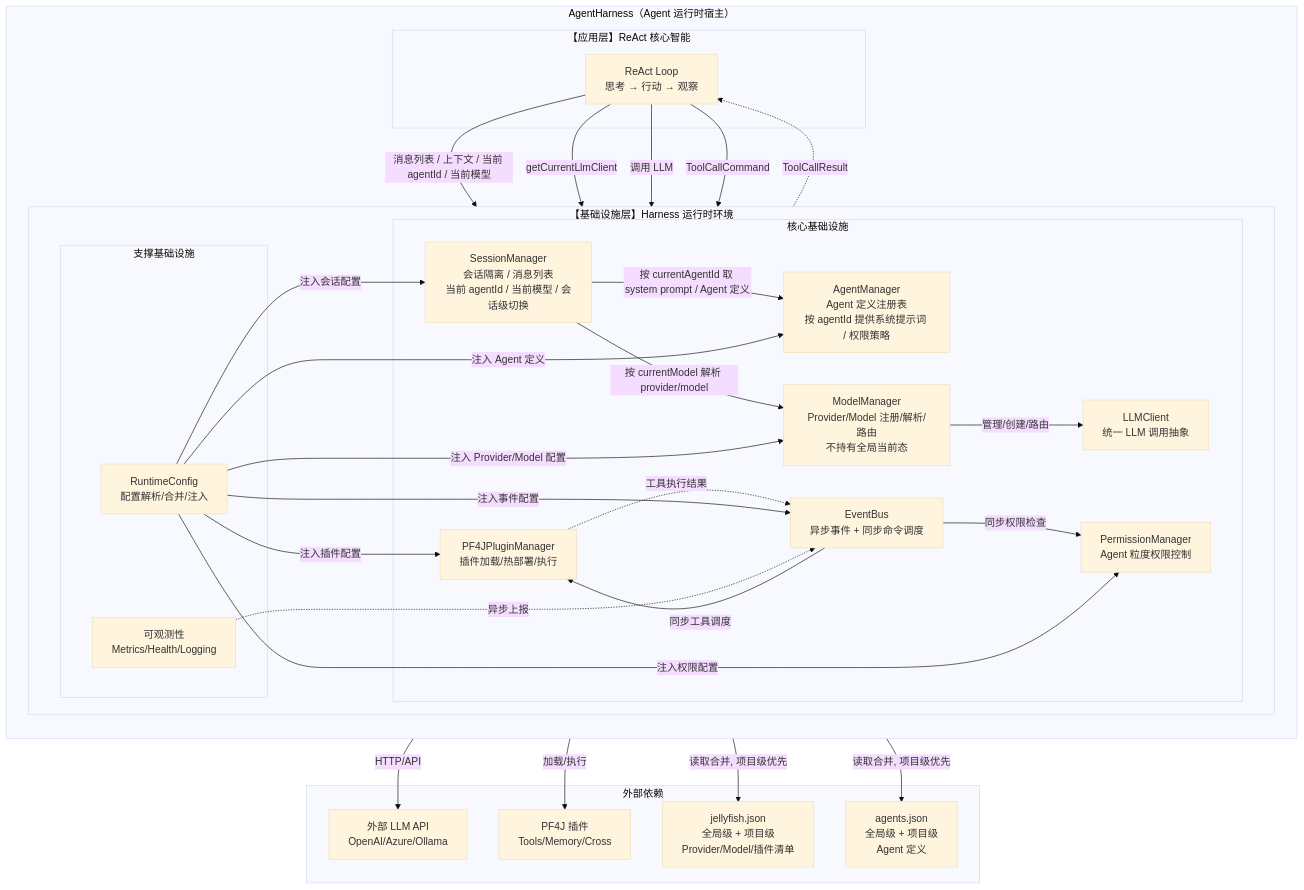
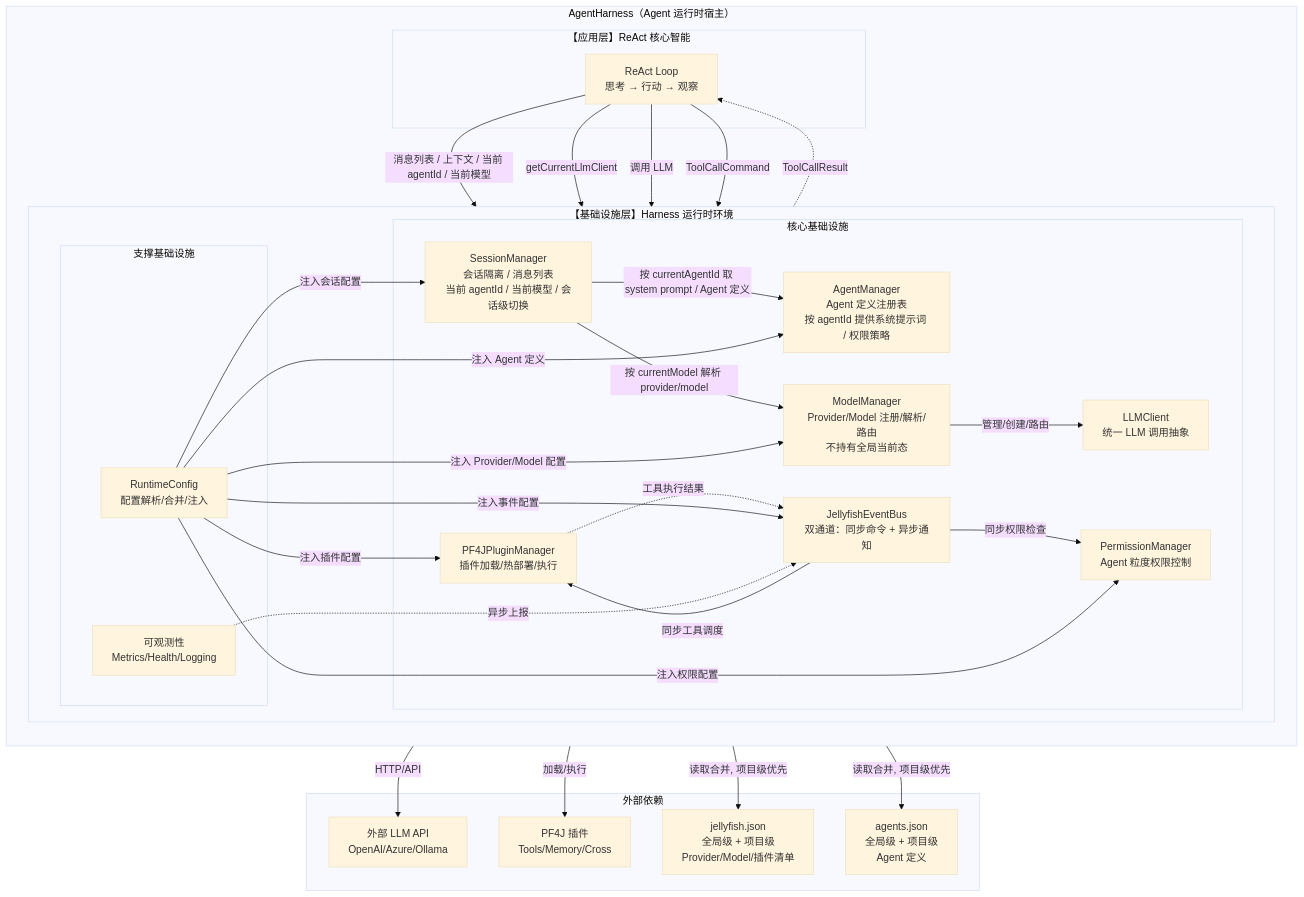
The first of 3 diagrams in Jellyfish技术方案.md (zcd0831/Jellyfish), drawn with Mermaid (base theme) before and after one commit. The commit also changed other lines of this file and 64 other files, not shown here.

````diff
--- a/Jellyfish技术方案.md
+++ b/Jellyfish技术方案.md
@@ -61,70 +61,70 @@
 ```mermaid
 flowchart TB
     subgraph AgentHarness["AgentHarness（Agent 运行时宿主）"]
         direction TB
 
         subgraph AppLayer["【应用层】ReAct 核心智能"]
             ReAct["ReAct Loop<br>思考 → 行动 → 观察"]
         end
 
         subgraph InfraLayer["【基础设施层】Harness 运行时环境"]
             direction LR
 
             subgraph CoreInfra["核心基础设施"]
-                EventBus["EventBus<br>异步事件 + 同步命令调度"]
+                EventBus["JellyfishEventBus<br>双通道：同步命令 + 异步通知"]
                 SessionMgr["SessionManager<br>会话隔离 / 消息列表<br>当前 agentId / 当前模型 / 会话级切换"]
                 AgentMgr["AgentManager<br>Agent 定义注册表<br>按 agentId 提供系统提示词 / 权限策略"]
                 ModelMgr["ModelManager<br>Provider/Model 注册/解析/路由<br>不持有全局当前态"]
                 LLMClient["LLMClient<br>统一 LLM 调用抽象"]
                 PluginMgr["PF4JPluginManager<br>插件加载/热部署/执行"]
                 PermMgr["PermissionManager<br>Agent 粒度权限控制"]
             end
 
             subgraph SupportInfra["支撑基础设施"]
                 Runtime["RuntimeConfig<br>配置解析/合并/注入"]
                 Metrics["可观测性<br>Metrics/Health/Logging"]
             end
         end
     end
 
     subgraph External["外部依赖"]
         LLM["外部 LLM API<br>OpenAI/Azure/Ollama"]
         Plugins["PF4J 插件<br>Tools/Memory/Cross"]
         Jelly["jellyfish.json<br>全局级 + 项目级<br>Provider/Model/插件清单"]
         Agents["agents.json<br>全局级 + 项目级<br>Agent 定义"]
     end
 
     %% ===================== 应用层 -> 基础设施层 =====================
     ReAct -->|消息列表 / 上下文 / 当前 agentId / 当前模型| SessionMgr
     ReAct -->|getCurrentLlmClient| ModelMgr
     ReAct -->|调用 LLM| LLMClient
     ReAct -->|ToolCallCommand| EventBus
     EventBus -.->|ToolCallResult| ReAct
 
     %% ===================== 会话与 Agent 定义 =====================
     SessionMgr -->|按 currentAgentId 取 system prompt / Agent 定义| AgentMgr
     SessionMgr -->|按 currentModel 解析 provider/model| ModelMgr
 
     %% ===================== LLM 调用链 =====================
     ModelMgr -->|管理/创建/路由| LLMClient
     LLMClient -->|HTTP/API| LLM
 
     %% ===================== EventBus 调度 =====================
     EventBus -->|同步权限检查| PermMgr
     EventBus -->|同步工具调度| PluginMgr
     PluginMgr -->|加载/执行| Plugins
     PluginMgr -.->|工具执行结果| EventBus
 
     %% ===================== RuntimeConfig 注入 =====================
     Runtime -->|读取合并, 项目级优先| Jelly
     Runtime -->|读取合并, 项目级优先| Agents
     Runtime -->|注入 Provider/Model 配置| ModelMgr
     Runtime -->|注入 Agent 定义| AgentMgr
     Runtime -->|注入插件配置| PluginMgr
     Runtime -->|注入权限配置| PermMgr
     Runtime -->|注入会话配置| SessionMgr
     Runtime -->|注入事件配置| EventBus
 
     %% ===================== 可观测性 =====================
     Metrics -.->|异步上报| EventBus
 ```
````
